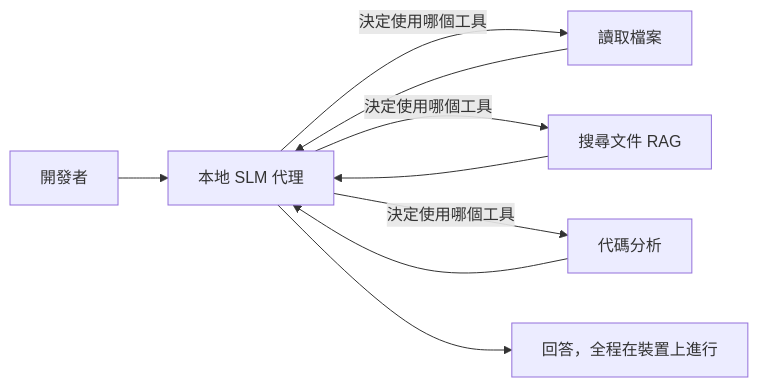
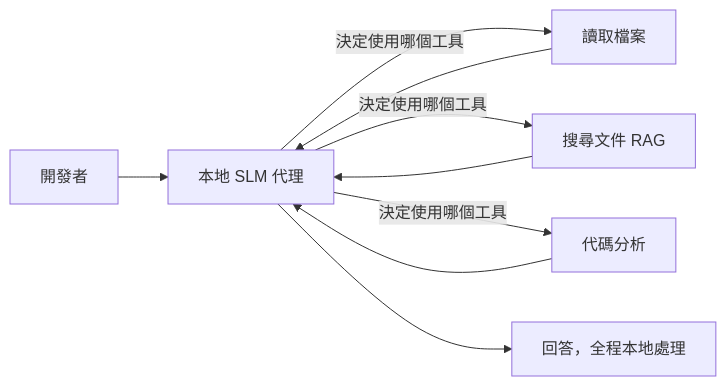
One commit to microsoft/ai-agents-for-beginners changed the first of 4 diagrams in translations/zh-MO/17-creating-local-ai-agents/README.md. Above: the diagram before and after it, drawn with Mermaid. The commit also changed other lines of this file and 44 other files, not shown here.

````diff
--- a/translations/zh-MO/17-creating-local-ai-agents/README.md
+++ b/translations/zh-MO/17-creating-local-ai-agents/README.md
@@ -66,11 +66,11 @@
 ```mermaid
 flowchart LR
     U[開發者] --> A[本地 SLM 代理]
     A -->|決定使用哪個工具| T1[讀取檔案]
     A -->|決定使用哪個工具| T2[搜尋文件 RAG]
     A -->|決定使用哪個工具| T3[代碼分析]
     T1 --> A
     T2 --> A
     T3 --> A
-    A --> R[回答，全程在裝置上進行]
+    A --> R[回答，全程本地處理]
 ```
````
